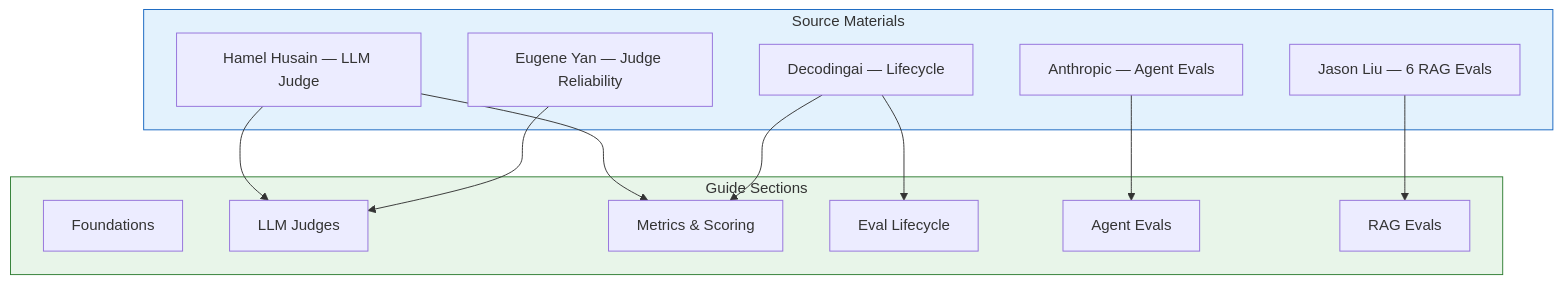
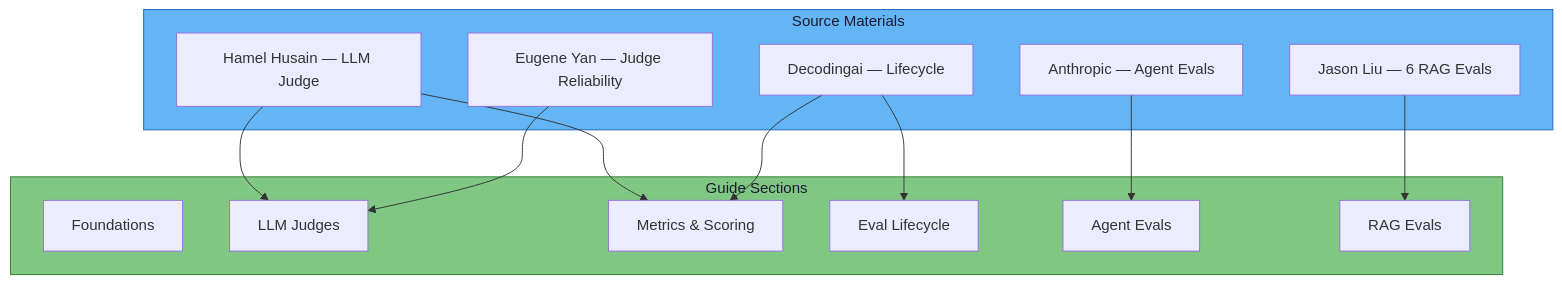
One commit to amelie-girard7/ai-evaluators changed the diagram in docs/references.md. Above: the diagram before and after it, drawn with Mermaid. The commit also changed 2 other files, not shown here.

Commit message:
Fix Mermaid diagram colors for dark mode readability
Use medium-saturation fills with explicit dark text color (#1A1A2E)
on all diagram nodes. Added CSS override to force dark text in
Mermaid labels regardless of theme.

.... Generated with [Cortex Code](https://docs.snowflake.com/en/user-guide/cortex-code/cortex-code)

````diff
--- a/docs/references.md
+++ b/docs/references.md
@@ -51,30 +51,30 @@
 ```mermaid
 flowchart TD
     subgraph Sources["Source Materials"]
         H[Hamel Husain — LLM Judge]
         A[Anthropic — Agent Evals]
         J[Jason Liu — 6 RAG Evals]
         D[Decodingai — Lifecycle]
         E[Eugene Yan — Judge Reliability]
     end
 
     subgraph Guide["Guide Sections"]
         F[Foundations]
         L[LLM Judges]
         M[Metrics & Scoring]
         LC[Eval Lifecycle]
         AG[Agent Evals]
         RA[RAG Evals]
     end
 
     H --> L
     H --> M
     A --> AG
     J --> RA
     D --> LC
     D --> M
     E --> L
 
-    style Sources fill:#E3F2FD,stroke:#1565C0
-    style Guide fill:#E8F5E9,stroke:#2E7D32
+    style Sources fill:#64B5F6,stroke:#1565C0,color:#1A1A2E
+    style Guide fill:#81C784,stroke:#2E7D32,color:#1A1A2E
 ```
````
